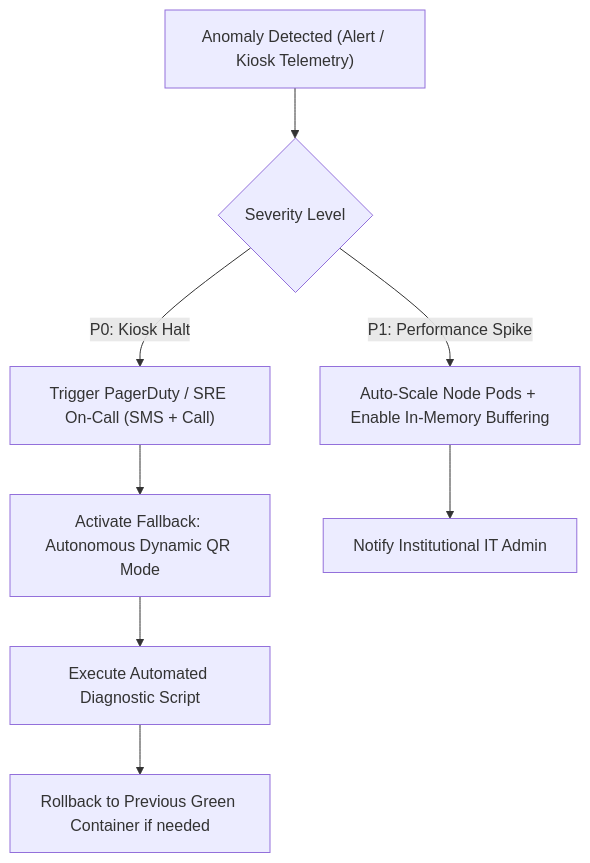
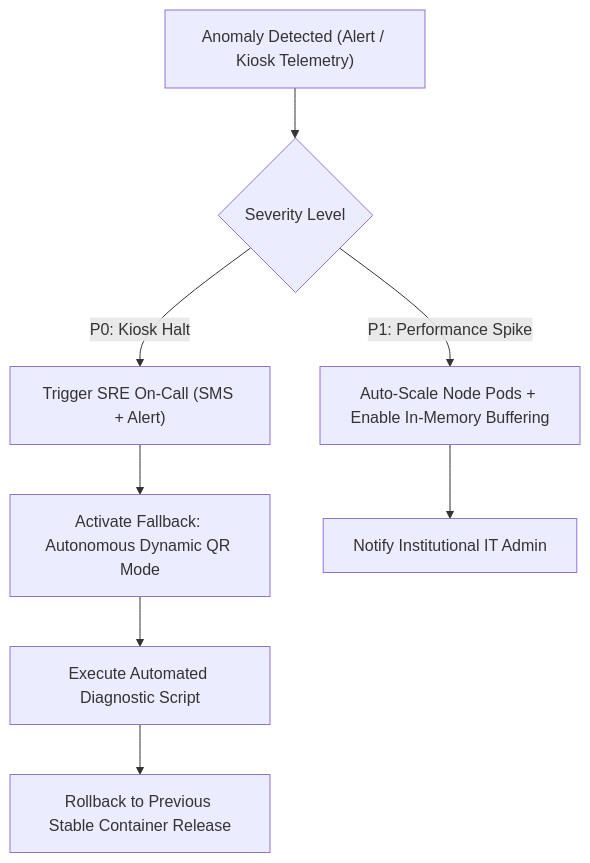
Before and after one commit to Sachinxcode-01/AI-Face-Attendance-System: the diagram in docs/production/REAL_COLLEGE_PILOT_DEPLOYMENT.md, drawn with Mermaid. The commit also changed other lines of this file and 22 other files, not shown here.

````diff
--- a/docs/production/REAL_COLLEGE_PILOT_DEPLOYMENT.md
+++ b/docs/production/REAL_COLLEGE_PILOT_DEPLOYMENT.md
@@ -67,10 +67,10 @@
 ```mermaid
 flowchart TD
     A["Anomaly Detected (Alert / Kiosk Telemetry)"] --> B{"Severity Level"}
-    B -->|P0: Kiosk Halt| C["Trigger PagerDuty / SRE On-Call (SMS + Call)"]
+    B -->|P0: Kiosk Halt| C["Trigger SRE On-Call (SMS + Alert)"]
     C --> D["Activate Fallback: Autonomous Dynamic QR Mode"]
     D --> E["Execute Automated Diagnostic Script"]
-    E --> F["Rollback to Previous Green Container if needed"]
+    E --> F["Rollback to Previous Stable Container Release"]
     B -->|P1: Performance Spike| G["Auto-Scale Node Pods + Enable In-Memory Buffering"]
     G --> H["Notify Institutional IT Admin"]
 ```
````
